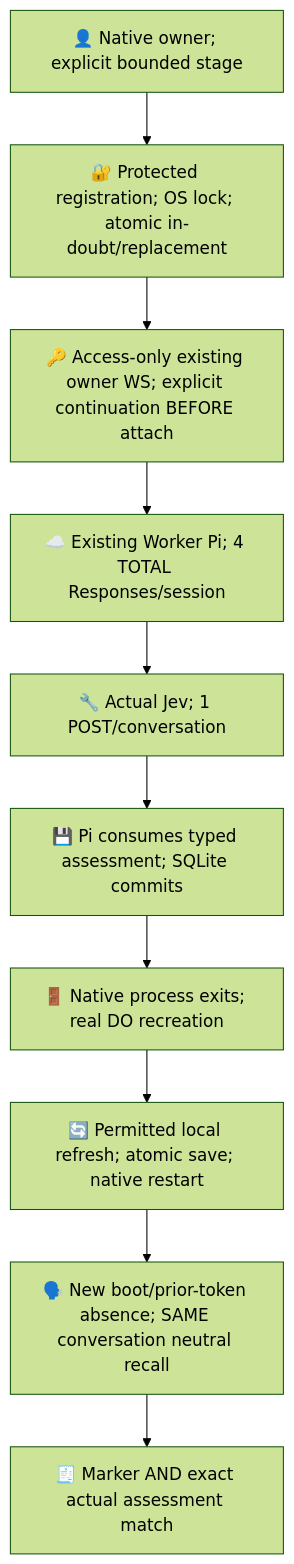
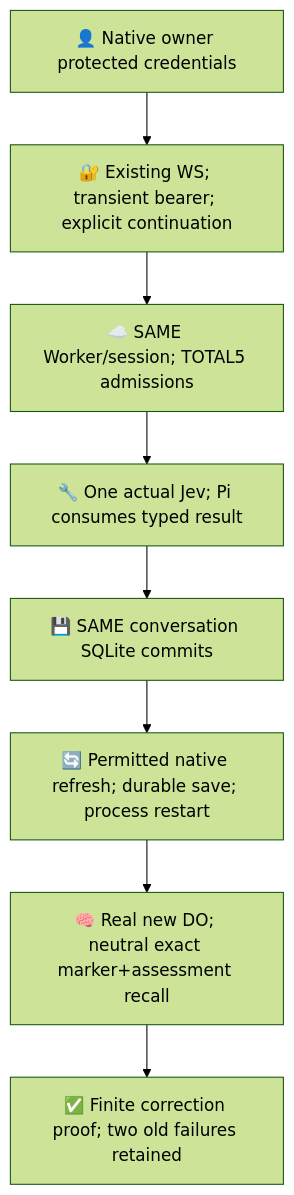
Before and after one commit to roccho-org/ops: the first of 2 diagrams in experiments/pi-worker-proof/README.md, drawn with Mermaid (forest theme). The commit also changed other lines of this file and 7 other files, not shown here.

Commit message:
fix(pi): use supported manual redirects for bounded Worker proof

````diff
--- a/experiments/pi-worker-proof/README.md
+++ b/experiments/pi-worker-proof/README.md
@@ -32,12 +31,10 @@
 ```mermaid
 flowchart TB
-  Owner["👤 Native owner; explicit bounded stage"] --> Store["🔐 Protected registration; OS lock; atomic in-doubt/replacement"]
-  Store --> Access["🔑 Access-only existing owner WS; explicit continuation BEFORE attach"]
-  Access --> Pi["☁️ Existing Worker Pi; 4 TOTAL Responses/session"]
-  Pi --> Jev["🔧 Actual Jev; 1 POST/conversation"]
-  Jev --> Commit["💾 Pi consumes typed assessment; SQLite commits"]
-  Commit --> Exit["🚪 Native process exits; real DO recreation"]
-  Exit --> Refresh["🔄 Permitted local refresh; atomic save; native restart"]
-  Refresh --> Recall["🗣️ New boot/prior-token absence; SAME conversation neutral recall"]
-  Recall --> Evidence["🧾 Marker AND exact actual assessment match"]
+  Owner["👤 Native owner protected credentials"] --> WS["🔐 Existing WS; transient bearer; explicit continuation"]
+  WS --> Pi["☁️ SAME Worker/session; TOTAL5 admissions"]
+  Pi --> Jev["🔧 One actual Jev; Pi consumes typed result"]
+  Jev --> Store["💾 SAME conversation SQLite commits"]
+  Store --> Rotate["🔄 Permitted native refresh; durable save; process restart"]
+  Rotate --> Recall["🧠 Real new DO; neutral exact marker+assessment recall"]
+  Recall --> Done["✅ Finite correction proof; two old failures retained"]
 ```
````
